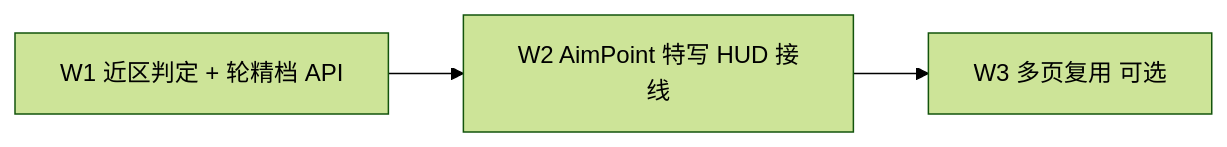
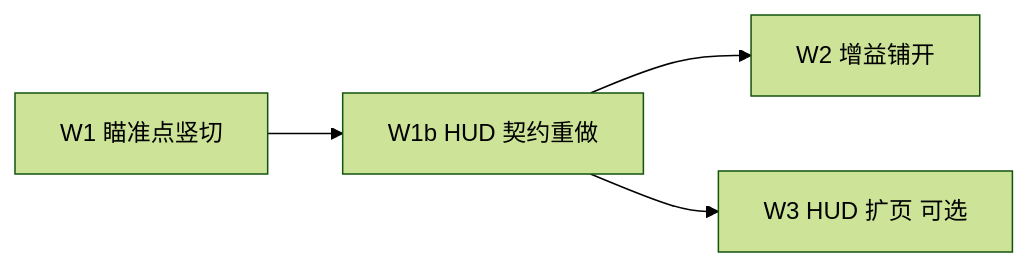
The diagram in 问题集合_v23.md (xinkuansong/Billiard-Trainer), drawn with Mermaid (forest theme) before and after one commit. The commit also changed other lines of this file and 75 other files, not shown here.

First line of the commit message:
feat: aim closeup HUD/geometry, board remaps for snake drills, and v23 updates

````diff
--- a/问题集合_v23.md
+++ b/问题集合_v23.md
@@ -89,5 +127,6 @@
 ```mermaid
 flowchart LR
-  W1[W1 近区判定 + 轮精档 API] --> W2[W2 AimPoint 特写 HUD 接线]
-  W2 --> W3[W3 多页复用 可选]
+  W1[W1 瞄准点竖切] --> W1b[W1b HUD 契约重做]
+  W1b --> W2[W2 增益铺开]
+  W1b --> W3[W3 HUD 扩页 可选]
 ```
````
